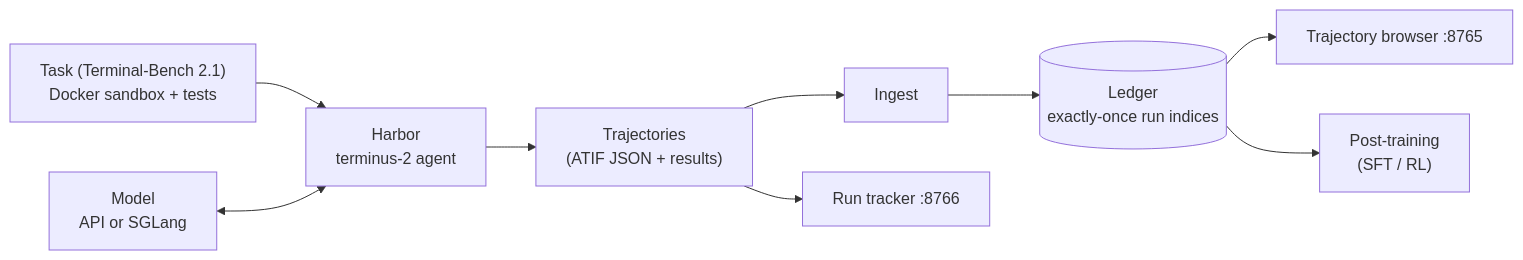
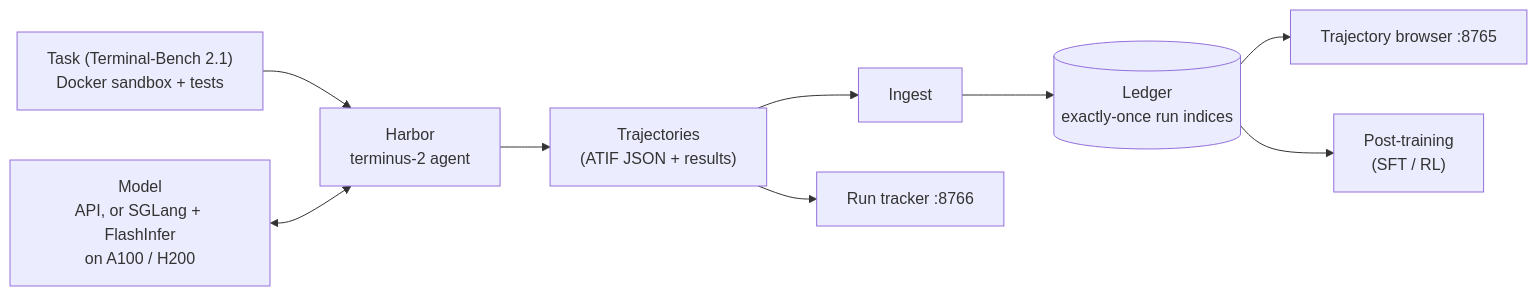
Before and after one commit to anglenexus/geodesic: the diagram in README.md, drawn with Mermaid. The commit also changed other lines of this file, not shown here.

First line of the commit message:
README: steer toward agentic RL; summarize the SGLang + FlashInfer serving work

````diff
--- a/README.md
+++ b/README.md
@@ -69,10 +71,10 @@
 ```mermaid
 flowchart LR
   T["Task (Terminal-Bench 2.1)<br/>Docker sandbox + tests"] --> H["Harbor<br/>terminus-2 agent"]
-  M["Model<br/>API or SGLang"] <--> H
+  M["Model<br/>API, or SGLang + FlashInfer<br/>on A100 / H200"] <--> H
   H --> J["Trajectories<br/>(ATIF JSON + results)"]
   J --> I["Ingest"] --> L[("Ledger<br/>exactly-once run indices")]
   L --> B["Trajectory browser :8765"]
   J --> R["Run tracker :8766"]
   L --> P["Post-training<br/>(SFT / RL)"]
 ```
````
